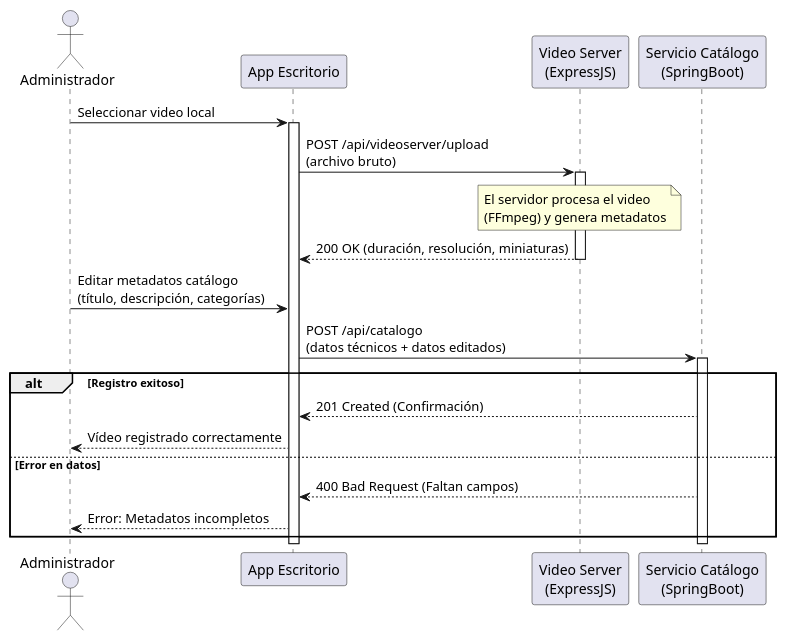
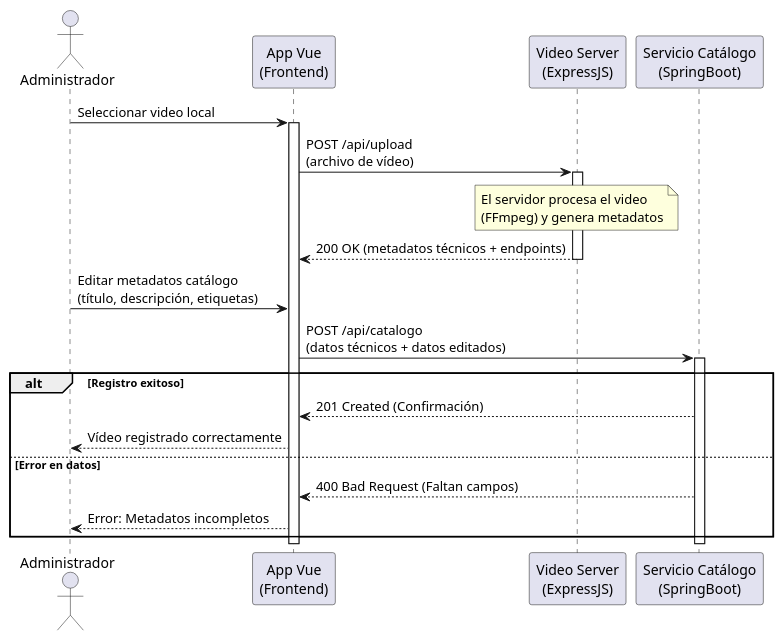
The third of 5 diagrams in docs/frontend/administrador_contenidos.md (ComfyPenguin/Bloste-Docs), drawn with PlantUML before and after one commit. The commit also changed other lines of this file and 9 other files, not shown here.

Commit message:
Squashed commit of the following: - Documentacion de Admin-vue y Media_server-ExpressJS

````diff
--- a/docs/frontend/administrador_contenidos.md
+++ b/docs/frontend/administrador_contenidos.md
@@ -101,35 +115,35 @@
 ```plantuml
 @startuml
 actor Administrador
-participant AppEscritorio as "App Escritorio"
+participant AppEscritorio as "App Vue\n(Frontend)"
 participant VideoServer as "Video Server\n(ExpressJS)"
 participant Catalogo as "Servicio Catálogo\n(SpringBoot)"
 
 Administrador -> AppEscritorio : Seleccionar video local
 activate AppEscritorio
 
-AppEscritorio -> VideoServer : POST /api/videoserver/upload\n(archivo bruto)
+AppEscritorio -> VideoServer : POST /api/upload\n(archivo de vídeo)
 activate VideoServer
 
 note over VideoServer : El servidor procesa el video\n(FFmpeg) y genera metadatos
 
-VideoServer --> AppEscritorio : 200 OK (duración, resolución, miniaturas)
+VideoServer --> AppEscritorio : 200 OK (metadatos técnicos + endpoints)
 deactivate VideoServer
 
-Administrador -> AppEscritorio : Editar metadatos catálogo\n(título, descripción, categorías)
+Administrador -> AppEscritorio : Editar metadatos catálogo\n(título, descripción, etiquetas)
 
 AppEscritorio -> Catalogo : POST /api/catalogo\n(datos técnicos + datos editados)
 activate Catalogo
 
 alt Registro exitoso
     Catalogo --> AppEscritorio : 201 Created (Confirmación)
     AppEscritorio --> Administrador : Vídeo registrado correctamente
 else Error en datos
     Catalogo --> AppEscritorio : 400 Bad Request (Faltan campos)
     AppEscritorio --> Administrador : Error: Metadatos incompletos
 end
 
 deactivate Catalogo
 deactivate AppEscritorio
 @enduml
 ```
````
